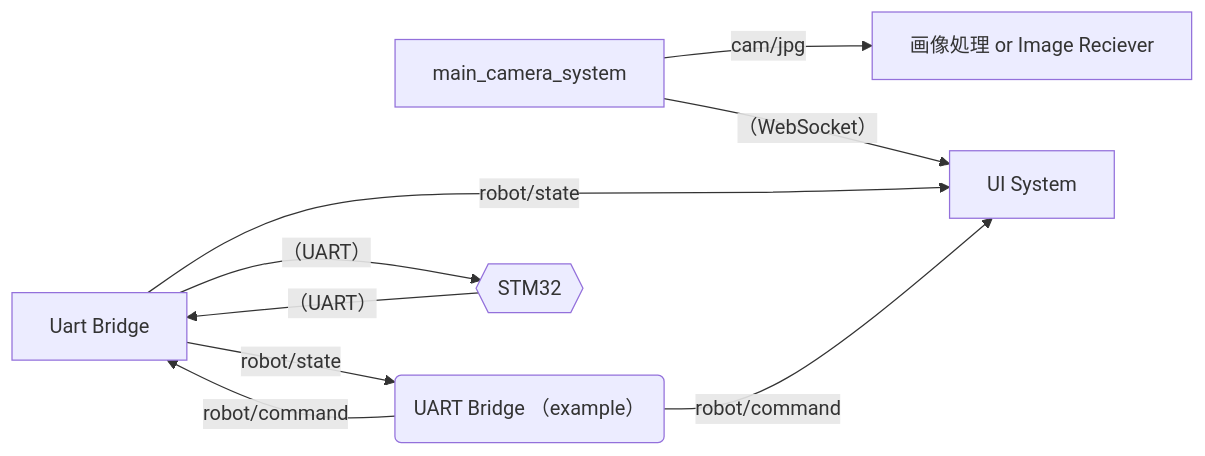
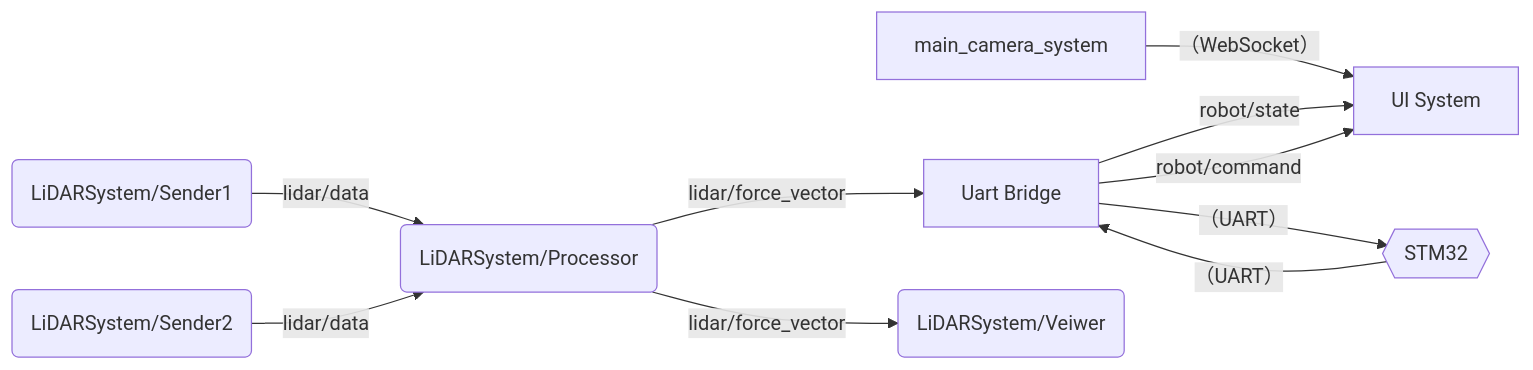
The diagram in README.md (CoRE-MA-KING/roboapp), drawn with Mermaid before and after one commit. The commit also changed other lines of this file and 61 other files, not shown here.

````diff
--- a/README.md
+++ b/README.md
@@ -69,19 +71,22 @@
 ```mermaid
     flowchart LR
 
     A[main_camera_system]
     B[UI System]
-    C[画像処理 or Image Reciever]
     U[Uart Bridge]
-    E(UART Bridge （example）)
     M{{STM32}}
+    LS1(LiDARSystem/Sender1)
+    LS2(LiDARSystem/Sender2)
+    LP(LiDARSystem/Processor)
+    LV(LiDARSystem/Veiwer)
 
     A -- （WebSocket）--> B
-    A -- cam/jpg --> C
     U -- robot/state --> B
-    U -- robot/state --> E
-    E -- robot/command --> U
-    E -- robot/command --> B
+    U -- robot/command --> B
+    LS1 -- lidar/data --> LP
+    LS2 -- lidar/data --> LP
+    LP -- lidar/force_vector --> U
+    LP -- lidar/force_vector --> LV
     U -- （UART） --> M
     M -- （UART） --> U
 ```
````
